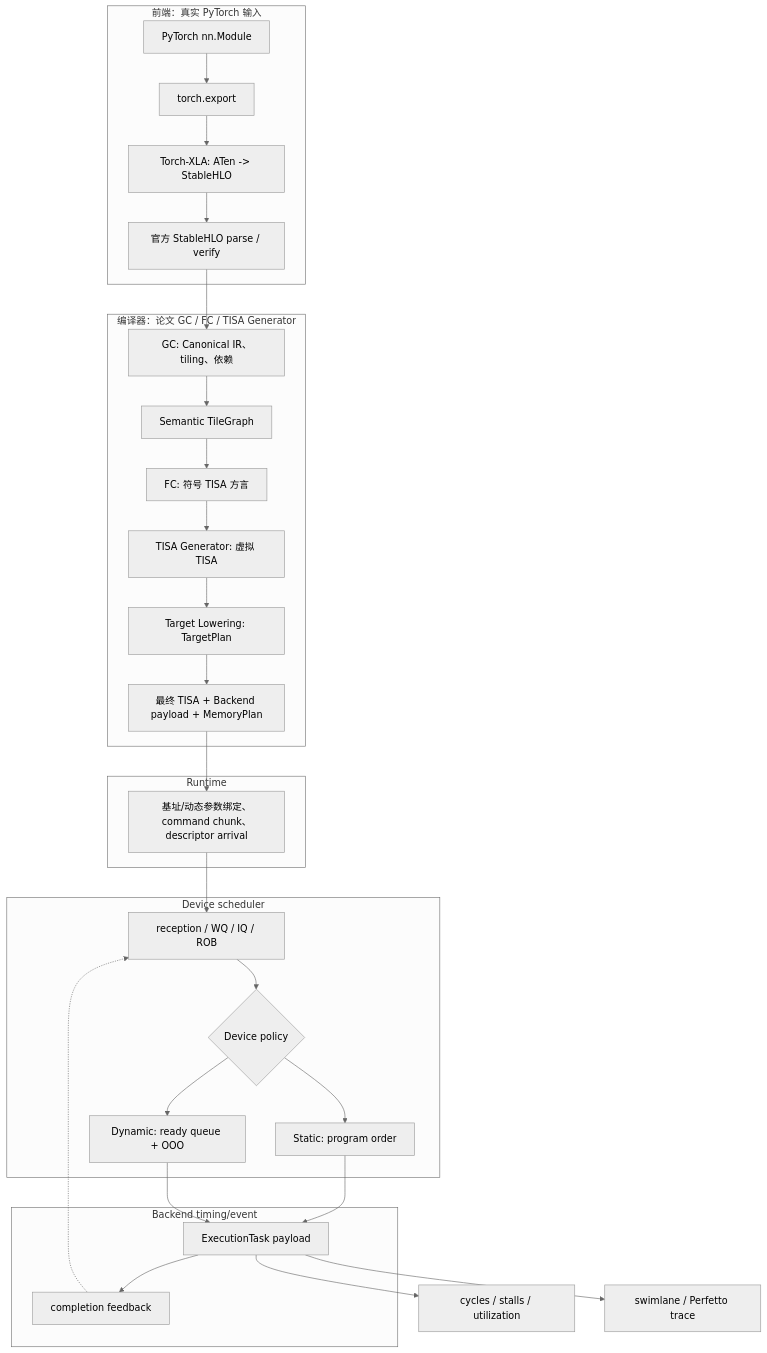
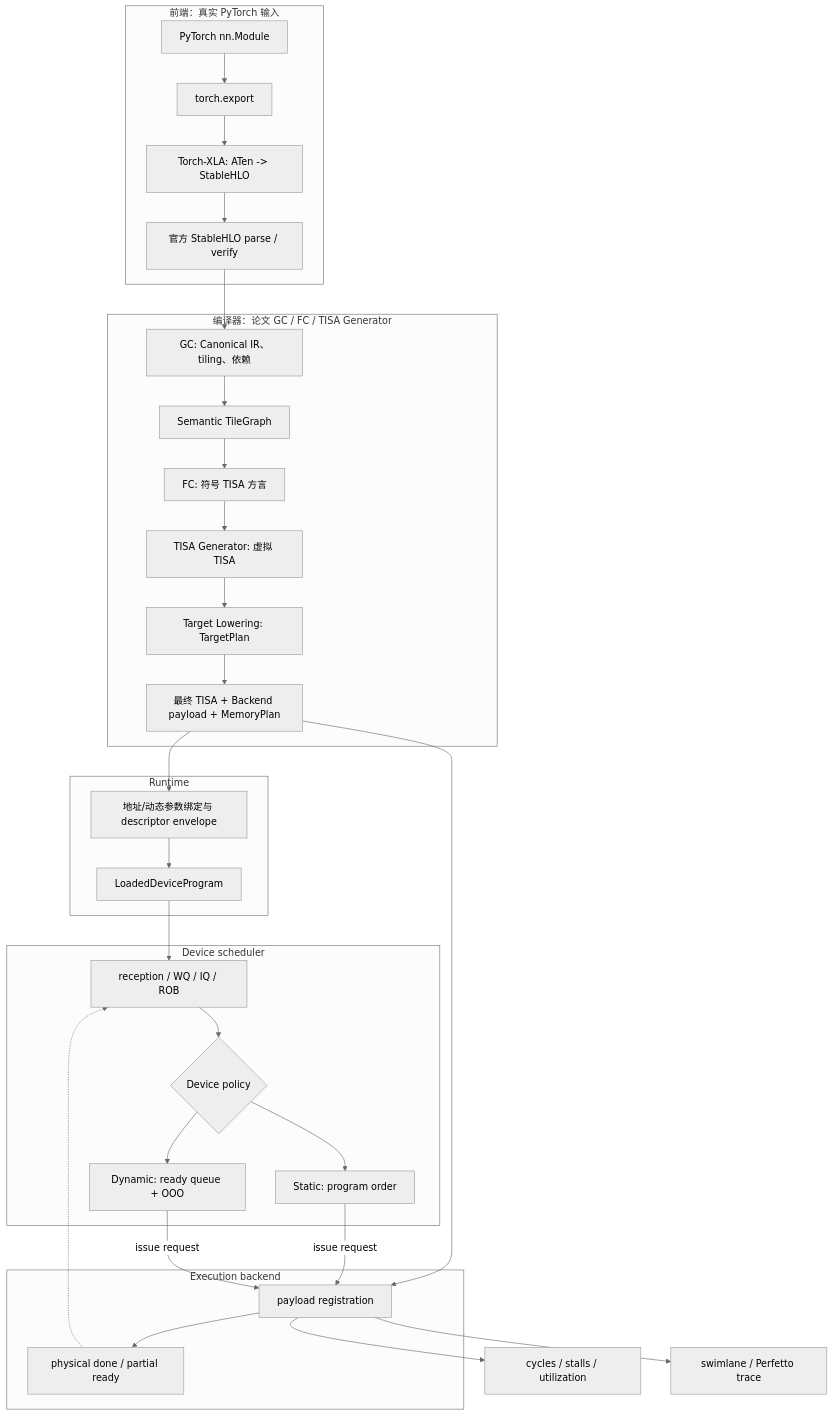
One commit to cxjiang-bk/npu-ooo-simulator changed the diagram in docs/architecture.md. Above: the diagram before and after it, drawn with Mermaid (neutral theme). The commit also changed other lines of this file and 37 other files, not shown here.

Commit message:
feat(device): add bound descriptor and execution feedback contracts refactor(codegen): unify target placement and payload ownership refactor(simulator): separate runtime scheduler and execution backend feat(scheduler): add bounded policies and attention on-chip handoff

````diff
--- a/docs/architecture.md
+++ b/docs/architecture.md
@@ -5,38 +5,40 @@
 ```mermaid
 flowchart TB
     subgraph Frontend[前端：真实 PyTorch 输入]
         A[PyTorch nn.Module] --> B[torch.export]
         B --> C[Torch-XLA: ATen -> StableHLO]
         C --> D[官方 StableHLO parse / verify]
     end
 
     subgraph Compiler[编译器：论文 GC / FC / TISA Generator]
         D --> E[GC: Canonical IR、tiling、依赖]
         E --> F[Semantic TileGraph]
         F --> G[FC: 符号 TISA 方言]
         G --> H[TISA Generator: 虚拟 TISA]
         H --> I[Target Lowering: TargetPlan]
         I --> J[最终 TISA + Backend payload + MemoryPlan]
     end
 
     subgraph Runtime[Runtime]
-        J --> K[基址/动态参数绑定、command chunk、descriptor arrival]
+        J --> K[地址/动态参数绑定与 descriptor envelope]
+        K --> U[LoadedDeviceProgram]
     end
 
     subgraph Device[Device scheduler]
-        K --> L[reception / WQ / IQ / ROB]
+        U --> L[reception / WQ / IQ / ROB]
         L --> M{Device policy}
         M --> N[Static: program order]
         M --> O[Dynamic: ready queue + OOO]
     end
 
-    subgraph Backend[Backend timing/event]
-        N --> P[ExecutionTask payload]
-        O --> P
-        P --> Q[completion feedback]
+    subgraph Backend[Execution backend]
+        J --> P[payload registration]
+        N -->|issue request| P
+        O -->|issue request| P
+        P --> Q[physical done / partial ready]
         Q -.-> L
     end
 
     P --> R[cycles / stalls / utilization]
     P --> S[swimlane / Perfetto trace]
 ```
````
